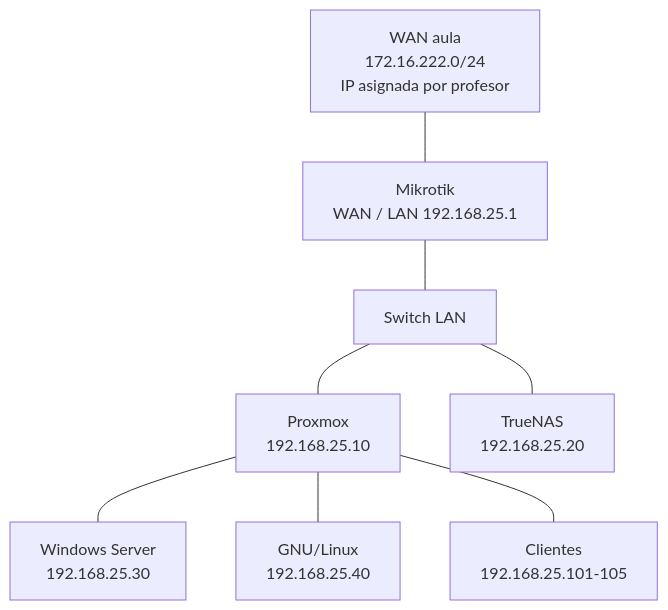
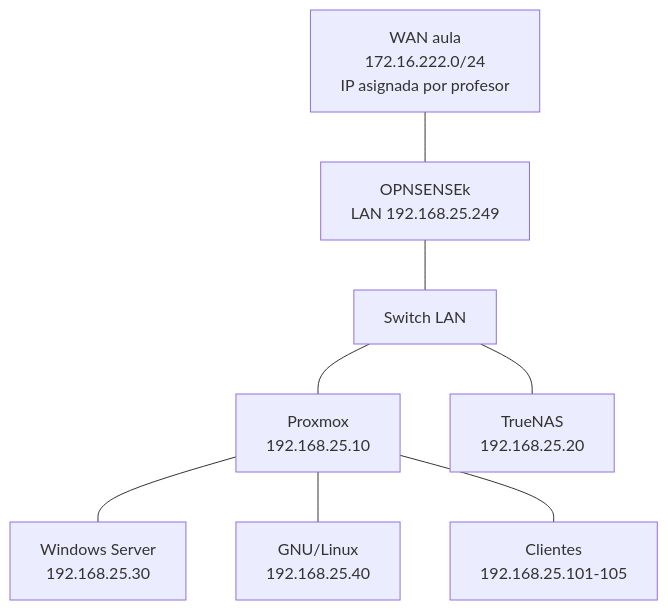
The diagram in diagramas/topologia.md (dr3wh4k/Proyecto-FHW-ISO-individual), drawn with Mermaid before and after one commit.

Commit message:
Fix typo in OPNSENSE node in topology diagram

````diff
--- a/diagramas/topologia.md
+++ b/diagramas/topologia.md
@@ -3,18 +3,19 @@
 ```mermaid
 flowchart TB
   WAN["WAN aula<br/>172.16.222.0/24<br/>IP asignada por profesor"]
   FW["Mikrotik<br/>WAN / LAN 192.168.25.1"]
+  FW["OPNSENSEk<br/>LAN 192.168.25.249"]
   SW["Switch LAN"]
   PVE["Proxmox<br/>192.168.25.10"]
   NAS["TrueNAS<br/>192.168.25.20"]
   DC["Windows Server<br/>192.168.25.30"]
   LNX["GNU/Linux<br/>192.168.25.40"]
   PC["Clientes<br/>192.168.25.101-105"]
   WAN --- FW
   FW --- SW
   SW --- PVE
   SW --- NAS
   PVE --- DC
   PVE --- LNX
   PVE --- PC
 ```
````
